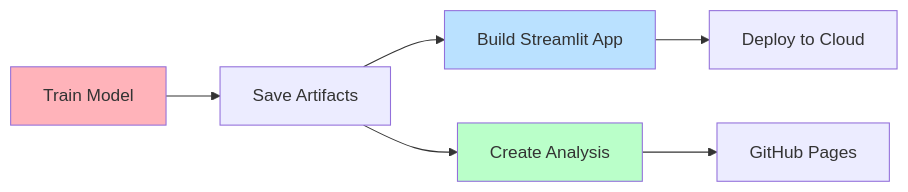
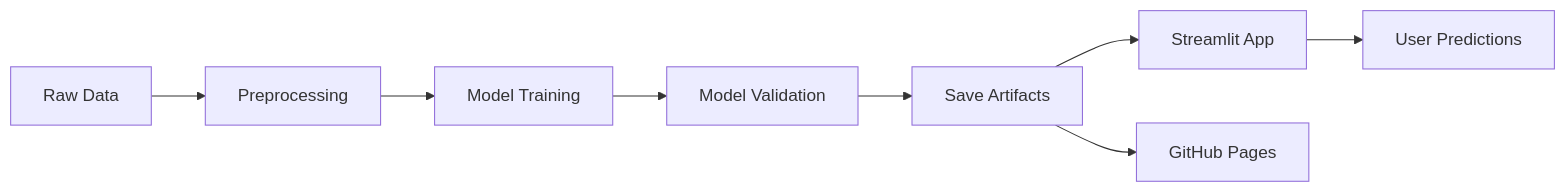
Before and after one commit to r-kouki/anavid: the diagram in presentation.qmd, drawn with Mermaid. The commit also changed other lines of this file and 92 other files, not shown here.

````diff
--- a/presentation.qmd
+++ b/presentation.qmd
@@ -334,11 +403,10 @@
 ```mermaid
 graph LR
-    A[Train Model] --> B[Save Artifacts]
-    B --> C[Build Streamlit App]
-    C --> D[Deploy to Cloud]
-    B --> E[Create Analysis]
-    E --> F[GitHub Pages]
-    style A fill:#ffb3ba
-    style C fill:#bae1ff
-    style E fill:#baffc9
+    A[Raw Data] --> B[Preprocessing]
+    B --> C[Model Training]
+    C --> D[Model Validation]
+    D --> E[Save Artifacts]
+    E --> F[Streamlit App]
+    E --> G[GitHub Pages]
+    F --> H[User Predictions]
 ```
````
